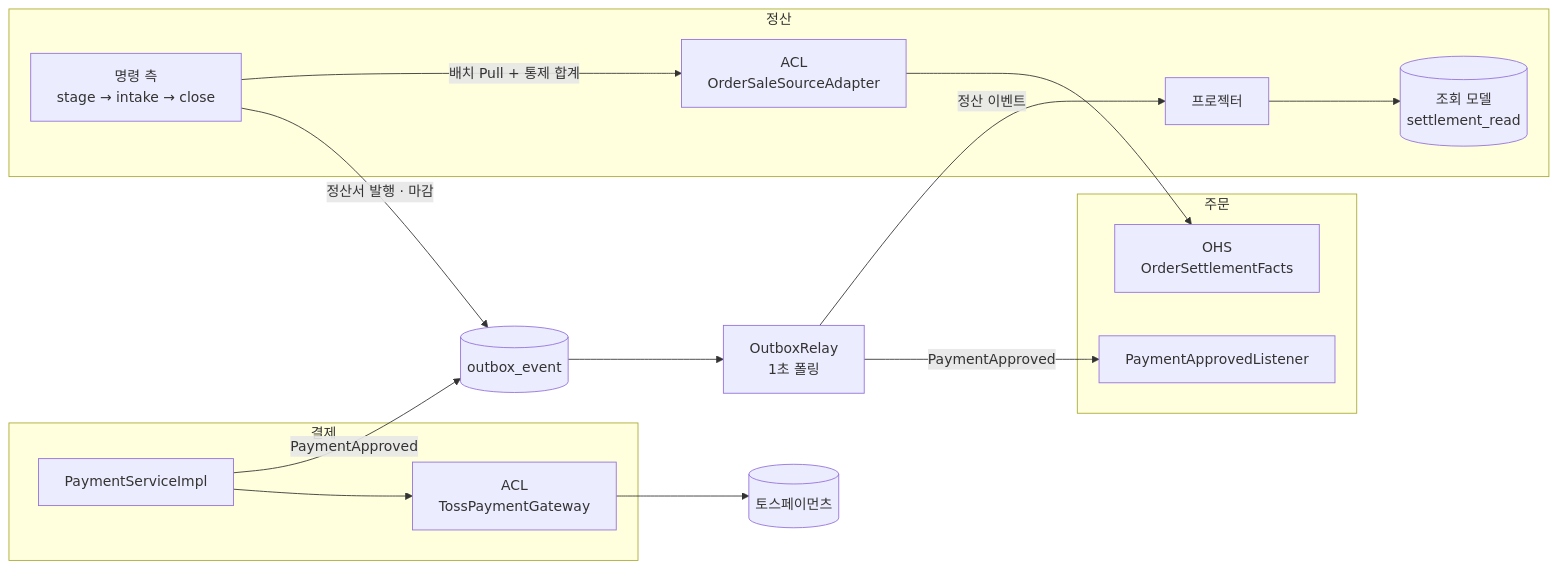
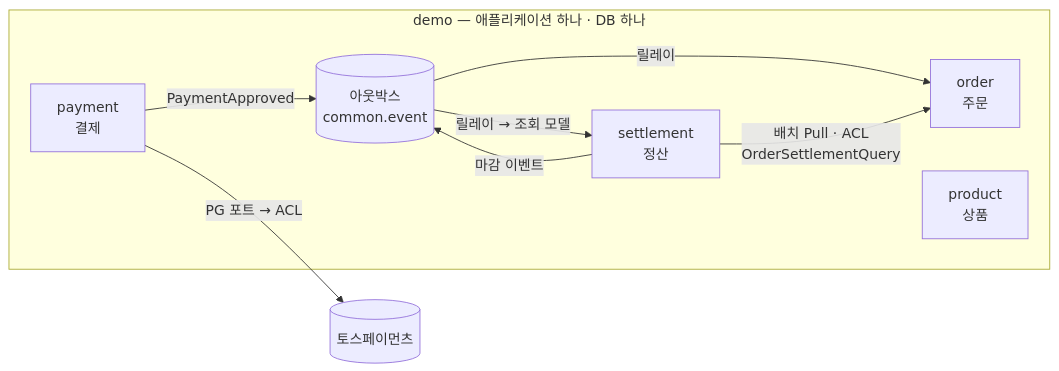
Before and after one commit to brucehaan/truth-wing-msa-challenge: the diagram in docs/3week/README.md, drawn with Mermaid. The commit also changed other lines of this file, not shown here.

````diff
--- a/docs/3week/README.md
+++ b/docs/3week/README.md
@@ -19,24 +8,17 @@
 ```mermaid
 flowchart LR
     TOSS[("토스페이먼츠")]
-    subgraph PAY["결제"]
-        PS["PaymentServiceImpl"] --> ACL1["ACL<br/>TossPaymentGateway"]
+    subgraph APP["demo — 애플리케이션 하나 · DB 하나"]
+        PAY["payment<br/>결제"]
+        ORD["order<br/>주문"]
+        PRD["product<br/>상품"]
+        STL["settlement<br/>정산"]
+        OUTBOX[("아웃박스<br/>common.event")]
     end
-    subgraph ORD["주문"]
-        LSN["PaymentApprovedListener"]
-        OHS["OHS<br/>OrderSettlementFacts"]
-    end
-    subgraph STL["정산"]
-        CMD["명령 측<br/>stage → intake → close"]
-        ACL2["ACL<br/>OrderSaleSourceAdapter"]
-        PROJ["프로젝터"] --> QRY[("조회 모델<br/>settlement_read")]
-    end
-    OUTBOX[("outbox_event")] --> RELAY["OutboxRelay<br/>1초 폴링"]
-
-    ACL1 --> TOSS
-    PS -- "PaymentApproved" --> OUTBOX
-    CMD -- "정산서 발행 · 마감" --> OUTBOX
-    RELAY -- "PaymentApproved" --> LSN
-    RELAY -- "정산 이벤트" --> PROJ
-    CMD -- "배치 Pull + 통제 합계" --> ACL2 --> OHS
+    PAY -- "PG 포트 → ACL" --> TOSS
+    PAY -- "PaymentApproved" --> OUTBOX
+    OUTBOX -- "릴레이" --> ORD
+    STL -- "배치 Pull · ACL<br/>OrderSettlementQuery" --> ORD
+    STL -- "마감 이벤트" --> OUTBOX
+    OUTBOX -- "릴레이 → 조회 모델" --> STL
 ```
````
